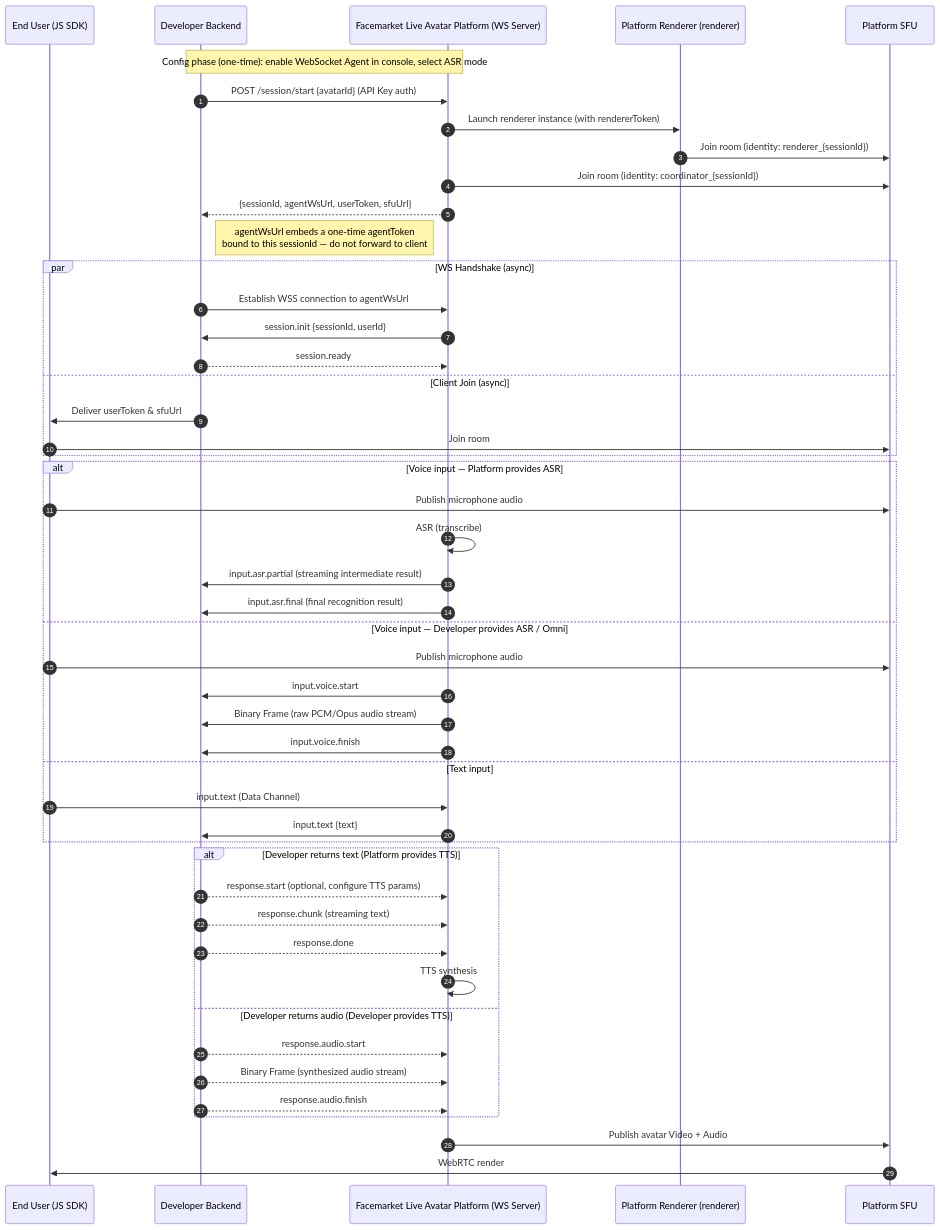
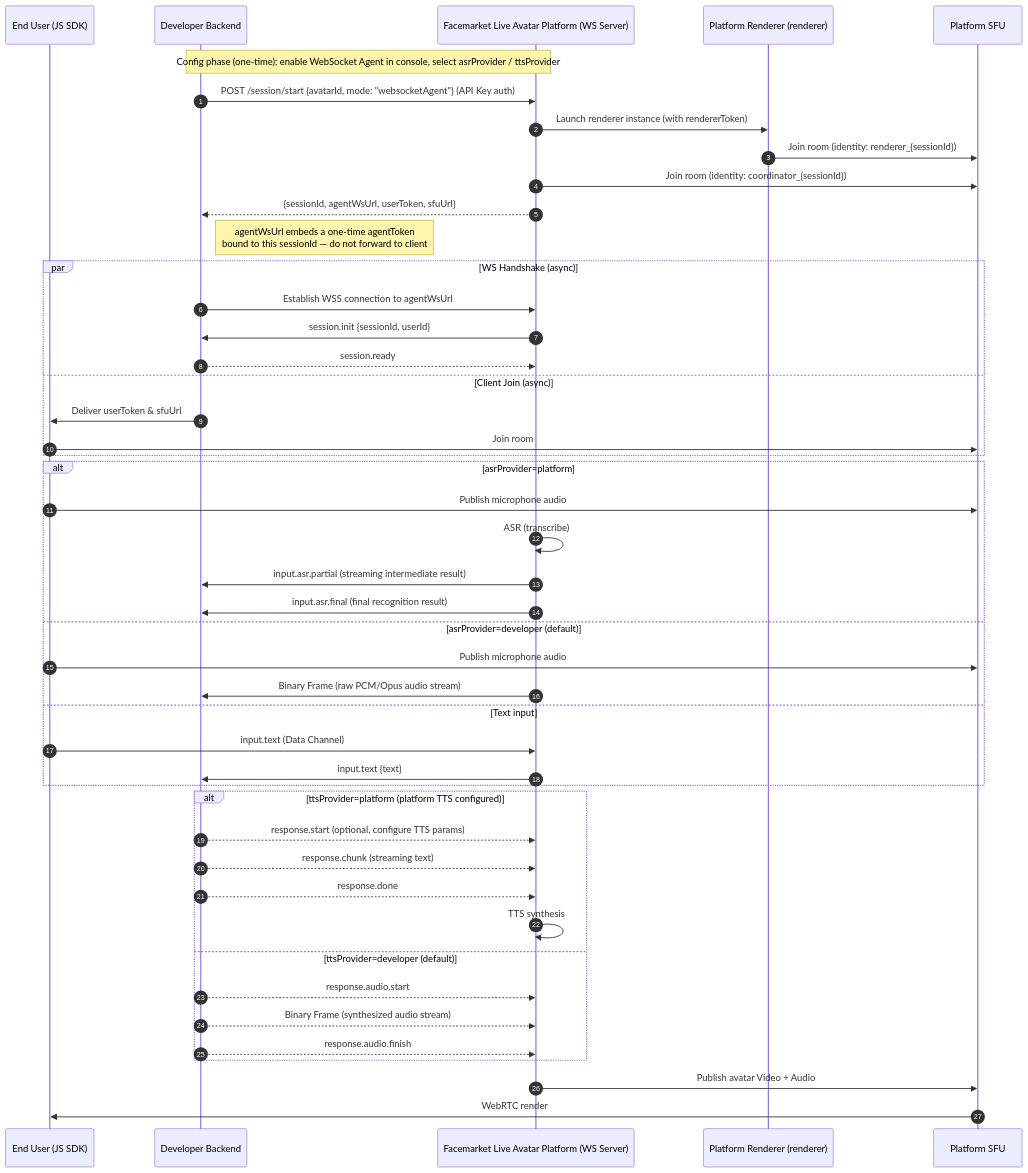
One commit to newportAI-lab/liveavatar-integration-guide changed the first of 3 diagrams in Live Avatar Integration Guide.md. Above: the diagram before and after it, drawn with Mermaid. The commit also changed other lines of this file and 2 other files, not shown here.

````diff
--- a/Live Avatar Integration Guide.md
+++ b/Live Avatar Integration Guide.md
@@ -302,56 +323,54 @@
 ```mermaid
 sequenceDiagram
     autonumber
     participant Client as End User (JS SDK)
     participant Backend as Developer Backend
     participant Platform as Facemarket Live Avatar Platform (WS Server)
     participant Renderer as Platform Renderer (renderer)
     participant SFU as Platform SFU
 
-    Note over Backend, Platform: Config phase (one-time): enable WebSocket Agent in console, select ASR mode
+    Note over Backend, Platform: Config phase (one-time): enable WebSocket Agent in console, select asrProvider / ttsProvider
 
-    Backend->>Platform: POST /session/start {avatarId} (API Key auth)
+    Backend->>Platform: POST /session/start {avatarId, mode: "websocketAgent"} (API Key auth)
     Platform->>Renderer: Launch renderer instance (with rendererToken)
     Renderer->>SFU: Join room (identity: renderer_{sessionId})
     Platform->>SFU: Join room (identity: coordinator_{sessionId})
     Platform-->>Backend: {sessionId, agentWsUrl, userToken, sfuUrl}
     Note right of Backend: agentWsUrl embeds a one-time agentToken<br/>bound to this sessionId — do not forward to client
 
     par WS Handshake (async)
         Backend->>Platform: Establish WSS connection to agentWsUrl
         Platform->>Backend: session.init {sessionId, userId}
         Backend-->>Platform: session.ready
     and Client Join (async)
         Backend->>Client: Deliver userToken & sfuUrl
         Client->>SFU: Join room
     end
 
-    alt Voice input — Platform provides ASR
+    alt asrProvider=platform
         Client->>SFU: Publish microphone audio
         Platform->>Platform: ASR (transcribe)
         Platform->>Backend: input.asr.partial (streaming intermediate result)
         Platform->>Backend: input.asr.final (final recognition result)
-    else Voice input — Developer provides ASR / Omni
+    else asrProvider=developer (default)
         Client->>SFU: Publish microphone audio
-        Platform->>Backend: input.voice.start
         Platform->>Backend: Binary Frame (raw PCM/Opus audio stream)
-        Platform->>Backend: input.voice.finish
     else Text input
         Client->>Platform: input.text (Data Channel)
         Platform->>Backend: input.text {text}
     end
 
-    alt Developer returns text (Platform provides TTS)
+    alt ttsProvider=platform (platform TTS configured)
         Backend-->>Platform: response.start (optional, configure TTS params)
         Backend-->>Platform: response.chunk (streaming text)
         Backend-->>Platform: response.done
         Platform->>Platform: TTS synthesis
-    else Developer returns audio (Developer provides TTS)
+    else ttsProvider=developer (default)
         Backend-->>Platform: response.audio.start
         Backend-->>Platform: Binary Frame (synthesized audio stream)
         Backend-->>Platform: response.audio.finish
     end
 
     Platform->>SFU: Publish avatar Video + Audio
     SFU->>Client: WebRTC render
 ```
````
